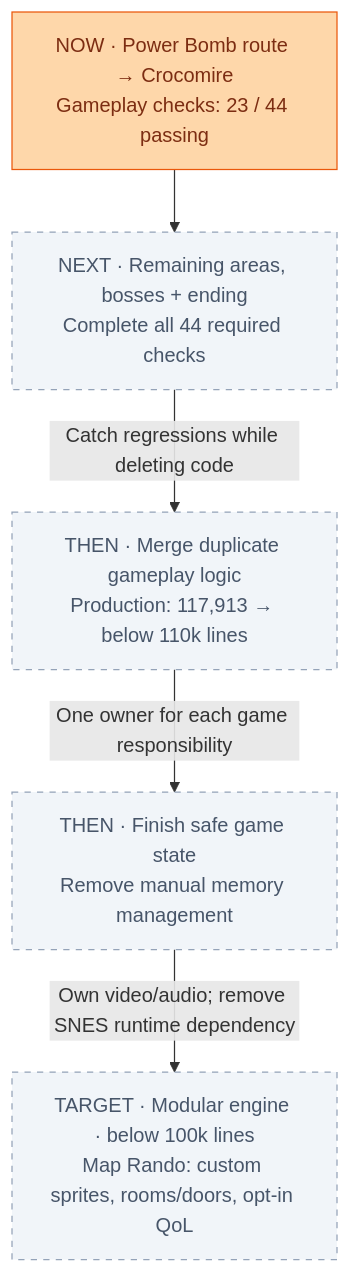
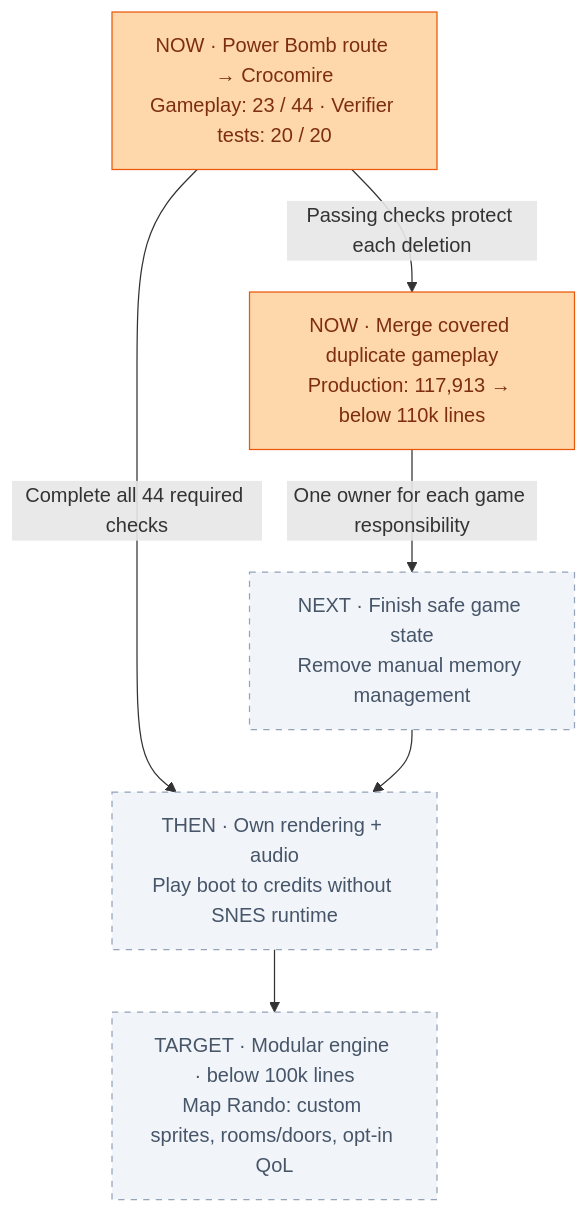
Before and after one commit to JimLundin/sm-decomp: the diagram in PROGRESS.md, drawn with Mermaid. The commit also changed other lines of this file and 5 other files, not shown here.

````diff
--- a/PROGRESS.md
+++ b/PROGRESS.md
@@ -3,14 +3,14 @@
 ```mermaid
 flowchart TB
-    NOW["NOW · Power Bomb route → Crocomire<br/>Gameplay checks: 23 / 44 passing"]:::active
-    NEXT["NEXT · Remaining areas, bosses + ending<br/>Complete all 44 required checks"]:::pending
-    DELETE["THEN · Merge duplicate gameplay logic<br/>Production: 117,913 → below 110k lines"]:::pending
-    OWN["THEN · Finish safe game state<br/>Remove manual memory management"]:::pending
+    NOW["NOW · Power Bomb route → Crocomire<br/>Gameplay: 23 / 44 · Verifier tests: 20 / 20"]:::active
+    DELETE["NOW · Merge covered duplicate gameplay<br/>Production: 117,913 → below 110k lines"]:::active
+    OWN["NEXT · Finish safe game state<br/>Remove manual memory management"]:::pending
+    PROVE["THEN · Own rendering + audio<br/>Play boot to credits without SNES runtime"]:::pending
     TARGET["TARGET · Modular engine · below 100k lines<br/>Map Rando: custom sprites, rooms/doors, opt-in QoL"]:::pending
-    NOW --> NEXT
-    NEXT -->|Catch regressions while deleting code| DELETE
+    NOW -->|Passing checks protect each deletion| DELETE
     DELETE -->|One owner for each game responsibility| OWN
-    OWN -->|Own video/audio; remove SNES runtime dependency| TARGET
+    NOW -->|Complete all 44 required checks| PROVE
+    OWN --> PROVE --> TARGET
     classDef active fill:#fed7aa,stroke:#ea580c,color:#7c2d12
     classDef pending fill:#f1f5f9,stroke:#94a3b8,color:#475569,stroke-dasharray:5 5
 ```
````
